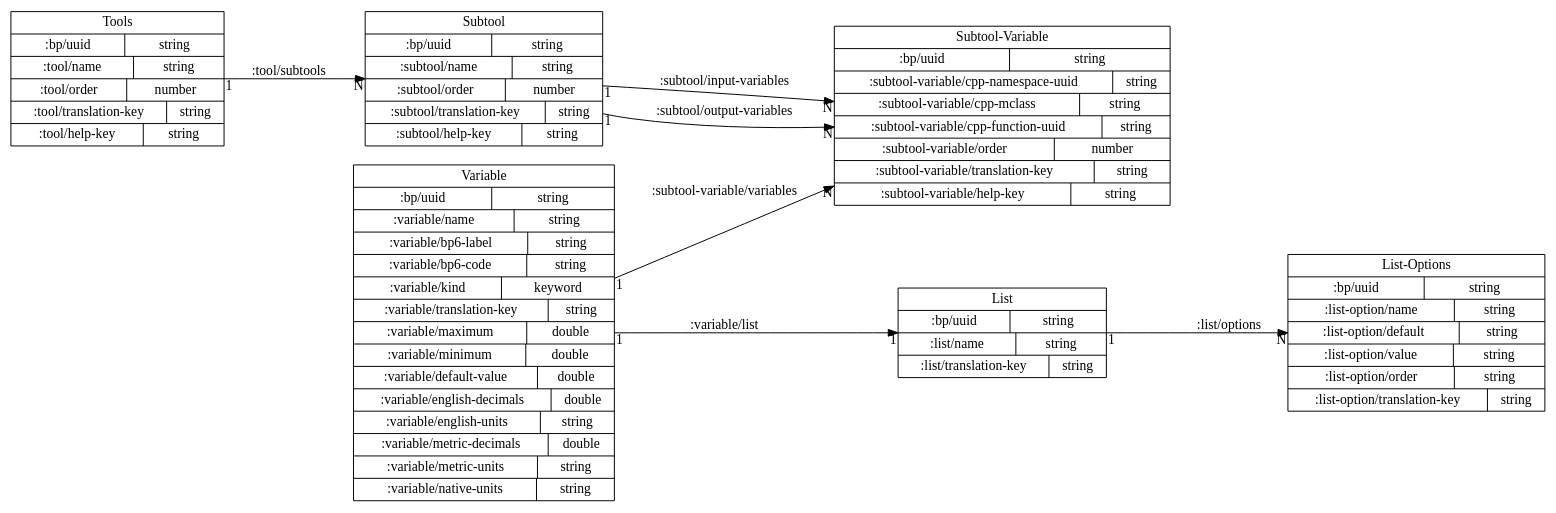
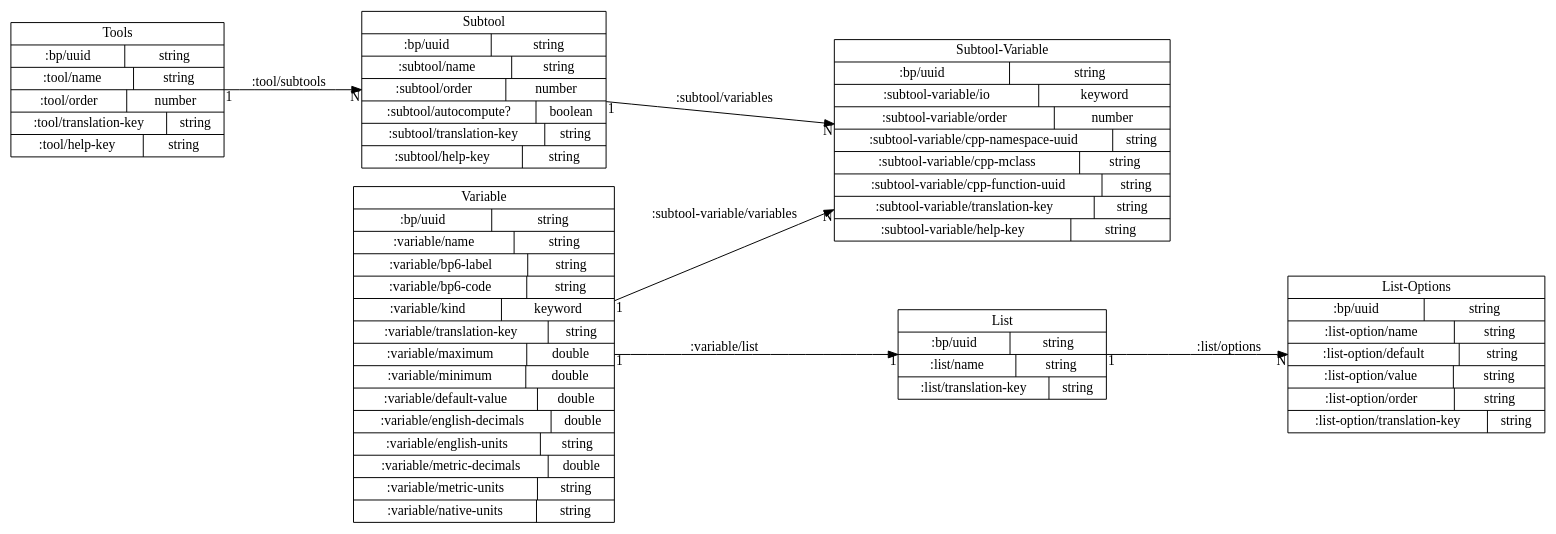
The diagram in README.org (firelab/behave-app), drawn with Graphviz before and after one commit. The commit also changed 13 other files, not shown here.

Commit message:
Update Schema and views for auto compute feature

```diff
--- a/README.org
+++ b/README.org
@@ -72,68 +72,69 @@
 #+begin_src dot :results value :file projects/behave/docs/tools-schema.png
 digraph GitHub {
 graph [rankdir = "LR"]
 
 node [shape = record]
 
 Tool [label="Tools
 |{ :bp/uuid              | string }
 |{ :tool/name            | string }
 |{ :tool/order           | number }
 |{ :tool/translation-key | string }
 |{ :tool/help-key        | string }"]
 
 SubTool [label="Subtool
 |{ :bp/uuid                 | string }
 |{ :subtool/name            | string }
 |{ :subtool/order           | number }
+|{ :subtool/autocompute?    | boolean }
 |{ :subtool/translation-key | string }
 |{ :subtool/help-key        | string }"]
 
 SubToolVariable [label="Subtool-Variable
 |{ :bp/uuid                             | string }
+|{ :subtool-variable/io                 | keyword }
+|{ :subtool-variable/order              | number }
 |{ :subtool-variable/cpp-namespace-uuid | string }
 |{ :subtool-variable/cpp-mclass         | string }
 |{ :subtool-variable/cpp-function-uuid  | string }
-|{ :subtool-variable/order              | number }
 |{ :subtool-variable/translation-key    | string }
 |{ :subtool-variable/help-key           | string }"]
 
 Variable [label="Variable
 |{ :bp/uuid                   | string }
 |{ :variable/name             | string }
 |{ :variable/bp6-label        | string }
 |{ :variable/bp6-code         | string }
 |{ :variable/kind             | keyword}
 |{ :variable/translation-key  | string }
 |{ :variable/maximum          | double }
 |{ :variable/minimum          | double }
 |{ :variable/default-value    | double }
 |{ :variable/english-decimals | double }
 |{ :variable/english-units    | string }
 |{ :variable/metric-decimals  | double }
 |{ :variable/metric-units     | string }
 |{ :variable/native-units     | string }
 "]
 List [label="List
 |{ :bp/uuid               | string }
 |{ :list/name             | string }
 |{ :list/translation-key  | string }
 "]
 
 ListOptions [label="List-Options
 |{ :bp/uuid                     | string }
 |{ :list-option/name            | string }
 |{ :list-option/default         | string }
 |{ :list-option/value           | string }
 |{ :list-option/order           | string }
 |{ :list-option/translation-key | string }
 "]
 
 Tool     -> SubTool         [label=":tool/subtools" taillabel=1 headlabel=N]
-SubTool  -> SubToolVariable [label=":subtool/input-variables" taillabel=1 headlabel=N]
-SubTool  -> SubToolVariable [label=":subtool/output-variables" taillabel=1 headlabel=N]
+SubTool  -> SubToolVariable [label=":subtool/variables" taillabel=1 headlabel=N]
 Variable -> SubToolVariable [label=":subtool-variable/variables" taillabel=1 headlabel=N]
 Variable -> List            [label=":variable/list" taillabel=1 headlabel=1]
 List -> ListOptions         [label=":list/options" taillabel=1 headlabel=N]
 }
 #+end_src
```
